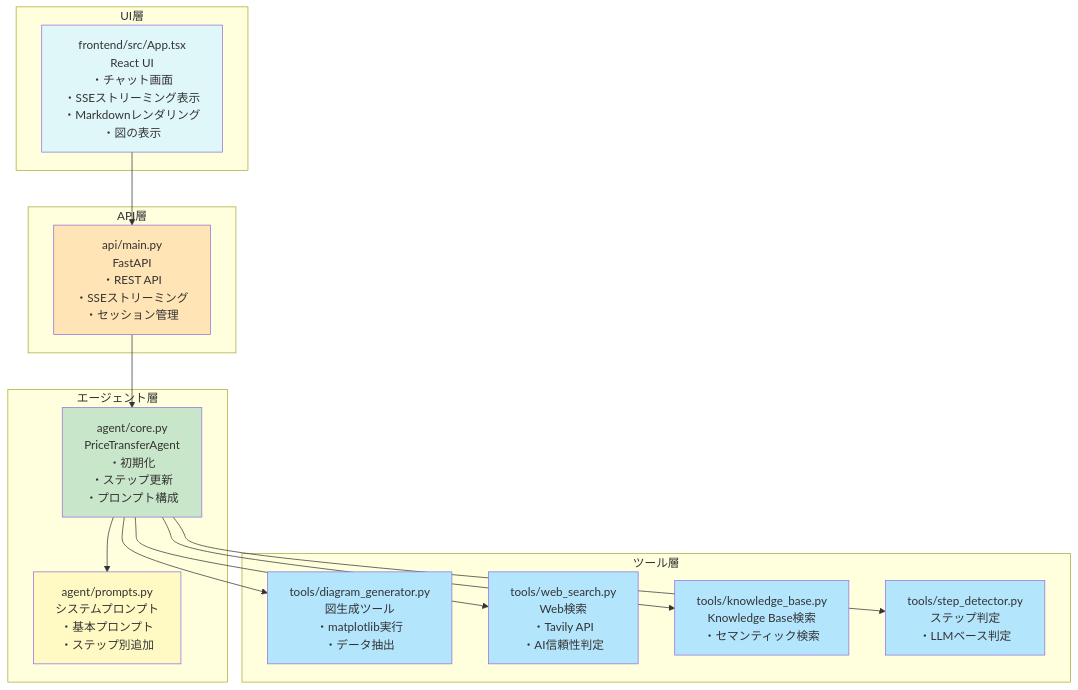
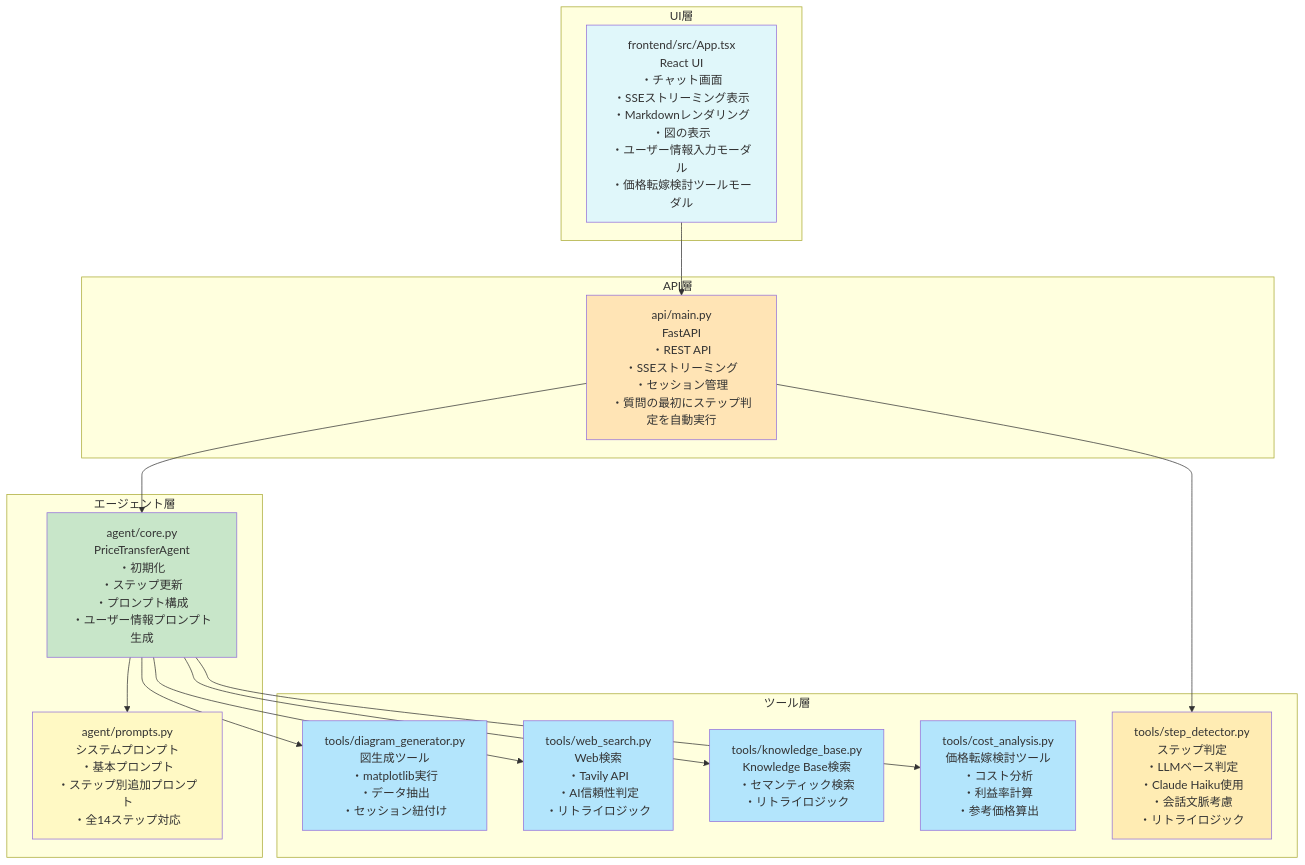
Before and after one commit to riku-to-koba/SME-Agency-Price-Transfer-Support-AI: the fifth of 8 diagrams in docs/ARCHITECTURE.md, drawn with Mermaid. The commit also changed other lines of this file and 1 other file, not shown here.

````diff
--- a/docs/ARCHITECTURE.md
+++ b/docs/ARCHITECTURE.md
@@ -134,39 +164,42 @@
 ```mermaid
 graph TB
     subgraph UI層
-        FRONTEND[frontend/src/App.tsx<br/>React UI<br/>・チャット画面<br/>・SSEストリーミング表示<br/>・Markdownレンダリング<br/>・図の表示]
+        FRONTEND[frontend/src/App.tsx<br/>React UI<br/>・チャット画面<br/>・SSEストリーミング表示<br/>・Markdownレンダリング<br/>・図の表示<br/>・ユーザー情報入力モーダル<br/>・価格転嫁検討ツールモーダル]
     end
-    
+
     subgraph API層
-        API[api/main.py<br/>FastAPI<br/>・REST API<br/>・SSEストリーミング<br/>・セッション管理]
+        API[api/main.py<br/>FastAPI<br/>・REST API<br/>・SSEストリーミング<br/>・セッション管理<br/>・質問の最初にステップ判定を自動実行]
     end
 
     subgraph エージェント層
-        CORE[agent/core.py<br/>PriceTransferAgent<br/>・初期化<br/>・ステップ更新<br/>・プロンプト構成]
-        PROMPT[agent/prompts.py<br/>システムプロンプト<br/>・基本プロンプト<br/>・ステップ別追加]
+        CORE[agent/core.py<br/>PriceTransferAgent<br/>・初期化<br/>・ステップ更新<br/>・プロンプト構成<br/>・ユーザー情報プロンプト生成]
+        PROMPT[agent/prompts.py<br/>システムプロンプト<br/>・基本プロンプト<br/>・ステップ別追加プロンプト<br/>・全14ステップ対応]
     end
 
     subgraph ツール層
-        DIAGRAM[tools/diagram_generator.py<br/>図生成ツール<br/>・matplotlib実行<br/>・データ抽出]
-        WEB[tools/web_search.py<br/>Web検索<br/>・Tavily API<br/>・AI信頼性判定]
-        KB[tools/knowledge_base.py<br/>Knowledge Base検索<br/>・セマンティック検索]
-        DETECTOR[tools/step_detector.py<br/>ステップ判定<br/>・LLMベース判定]
+        DETECTOR[tools/step_detector.py<br/>ステップ判定<br/>・LLMベース判定<br/>・Claude Haiku使用<br/>・会話文脈考慮<br/>・リトライロジック]
+        DIAGRAM[tools/diagram_generator.py<br/>図生成ツール<br/>・matplotlib実行<br/>・データ抽出<br/>・セッション紐付け]
+        WEB[tools/web_search.py<br/>Web検索<br/>・Tavily API<br/>・AI信頼性判定<br/>・リトライロジック]
+        KB[tools/knowledge_base.py<br/>Knowledge Base検索<br/>・セマンティック検索<br/>・リトライロジック]
+        COST[tools/cost_analysis.py<br/>価格転嫁検討ツール<br/>・コスト分析<br/>・利益率計算<br/>・参考価格算出]
     end
 
     FRONTEND --> API
     API --> CORE
+    API --> DETECTOR
     CORE --> PROMPT
     CORE --> DIAGRAM
     CORE --> WEB
     CORE --> KB
-    CORE --> DETECTOR
+    CORE --> COST
 
     style FRONTEND fill:#E0F7FA
     style API fill:#FFE4B5
     style CORE fill:#C8E6C9
     style PROMPT fill:#FFF9C4
+    style DETECTOR fill:#FFECB3
     style DIAGRAM fill:#B3E5FC
     style WEB fill:#B3E5FC
     style KB fill:#B3E5FC
-    style DETECTOR fill:#B3E5FC
+    style COST fill:#B3E5FC
 ```
````
